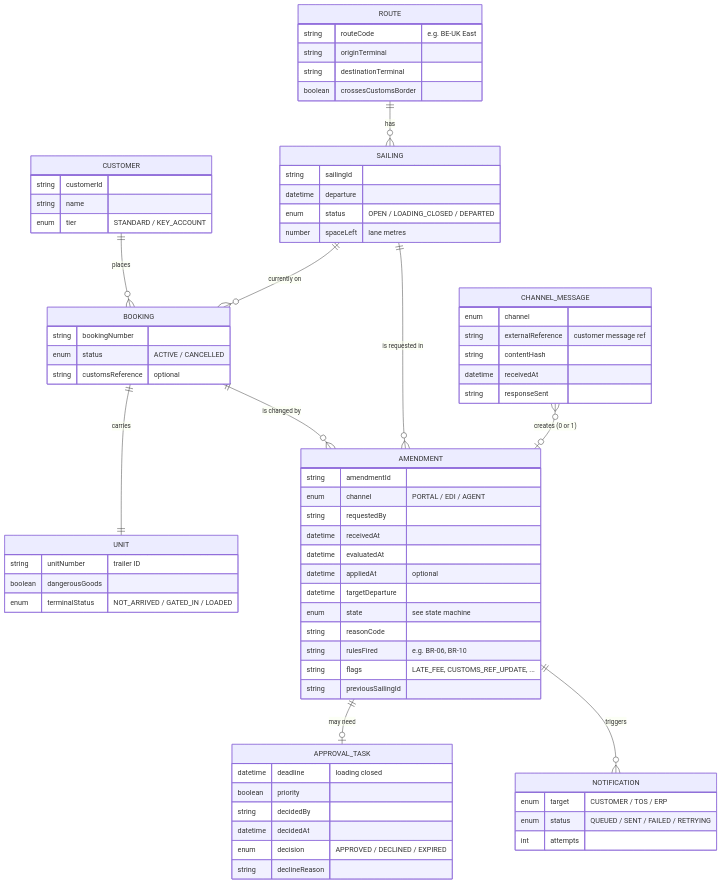
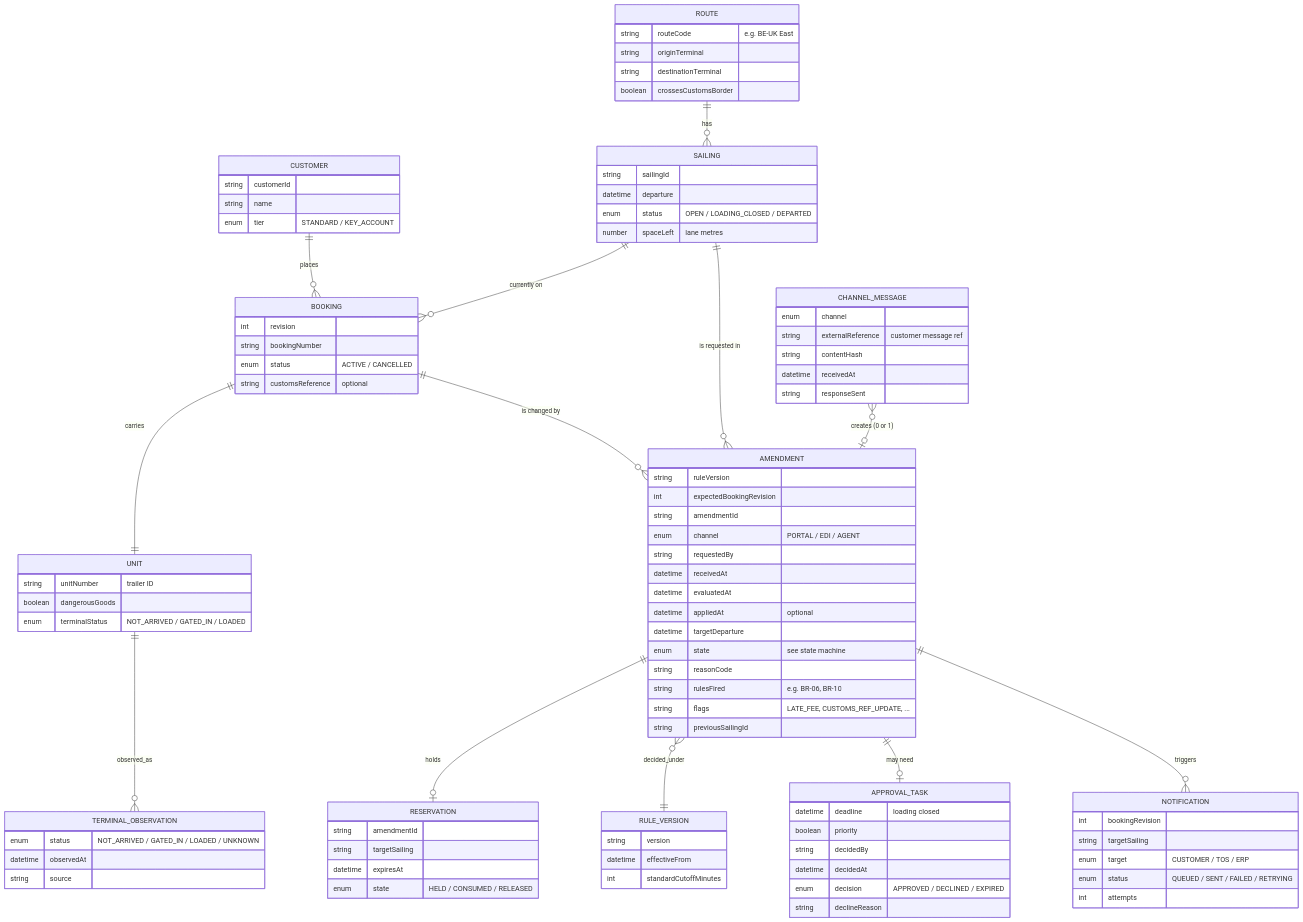
One commit to phlppgdfry/shortsea-booking-functional-analysis changed the diagram in docs/05-models/logical-data-model.md. Above: the diagram before and after it, drawn with Mermaid. The commit also changed other lines of this file and 26 other files, not shown here.

```diff
--- a/docs/05-models/logical-data-model.md
+++ b/docs/05-models/logical-data-model.md
@@ -8,6 +8,9 @@
   ROUTE ||--o{ SAILING : has
   SAILING ||--o{ BOOKING : "currently on"
   BOOKING ||--|| UNIT : carries
+  AMENDMENT ||--o| RESERVATION : holds
+  UNIT ||--o{ TERMINAL_OBSERVATION : observed_as
+  AMENDMENT }o--|| RULE_VERSION : decided_under
   BOOKING ||--o{ AMENDMENT : "is changed by"
   SAILING ||--o{ AMENDMENT : "is requested in"
   CHANNEL_MESSAGE }o--o| AMENDMENT : "creates (0 or 1)"
@@ -32,6 +35,7 @@
     number spaceLeft "lane metres"
   }
   BOOKING {
+    int revision
     string bookingNumber
     enum status "ACTIVE / CANCELLED"
     string customsReference "optional"
@@ -42,6 +46,8 @@
     enum terminalStatus "NOT_ARRIVED / GATED_IN / LOADED"
   }
   AMENDMENT {
+    string ruleVersion
+    int expectedBookingRevision
     string amendmentId
     enum channel "PORTAL / EDI / AGENT"
     string requestedBy
@@ -70,7 +76,25 @@
     enum decision "APPROVED / DECLINED / EXPIRED"
     string declineReason
   }
+  RULE_VERSION {
+    string version
+    datetime effectiveFrom
+    int standardCutoffMinutes
+  }
+  TERMINAL_OBSERVATION {
+    enum status "NOT_ARRIVED / GATED_IN / LOADED / UNKNOWN"
+    datetime observedAt
+    string source
+  }
+  RESERVATION {
+    string amendmentId
+    string targetSailing
+    datetime expiresAt
+    enum state "HELD / CONSUMED / RELEASED"
+  }
   NOTIFICATION {
+    int bookingRevision
+    string targetSailing
     enum target "CUSTOMER / TOS / ERP"
     enum status "QUEUED / SENT / FAILED / RETRYING"
     int attempts
```
